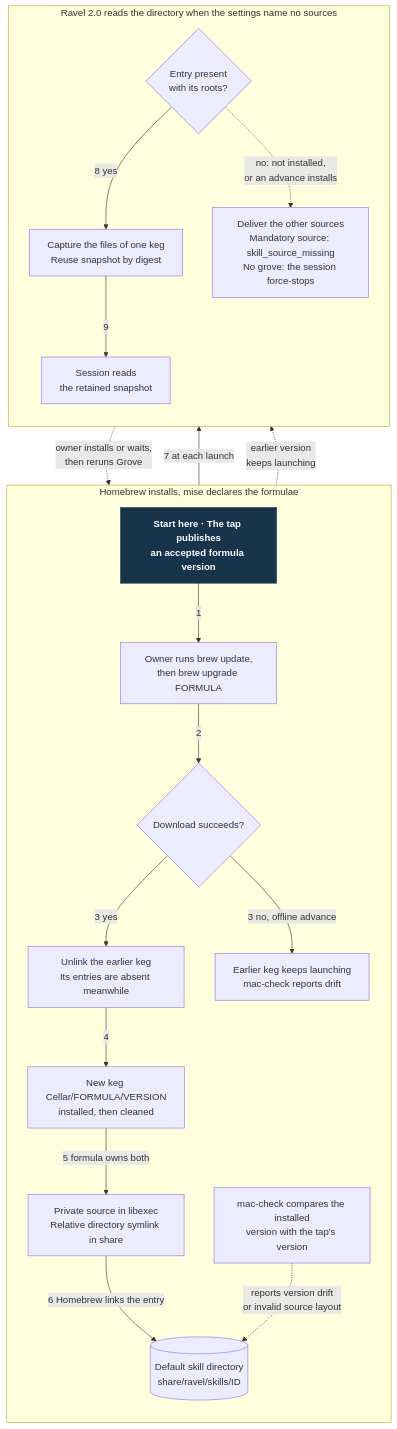
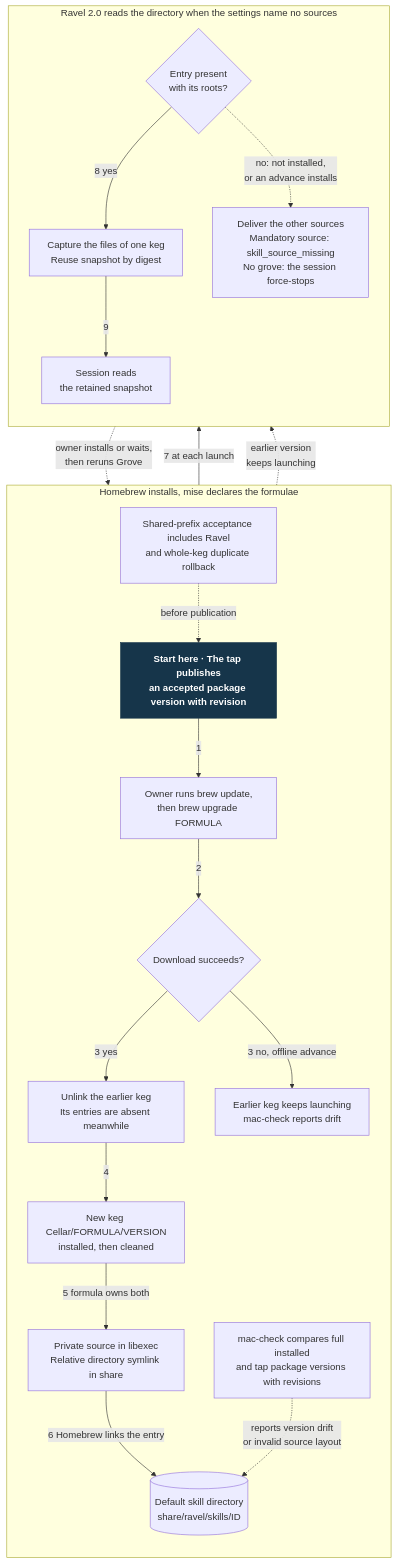
The diagram in docs/design/harness-selection-and-execution/owner-skill-formulae.mmd (Linkuistics/grove), drawn with Mermaid before and after one commit. The commit also changed 20 other files, not shown here.

```diff
--- a/docs/design/harness-selection-and-execution/owner-skill-formulae.mmd
+++ b/docs/design/harness-selection-and-execution/owner-skill-formulae.mmd
@@ -1,36 +1,38 @@
 flowchart TB
     subgraph brew["Homebrew installs, mise declares the formulae"]
         direction TB
-        A["Start here · The tap publishes<br/>an accepted formula version"]
+        A["Start here · The tap publishes<br/>an accepted package version with revision"]
         B["Owner runs brew update,<br/>then brew upgrade FORMULA"]
         E{"Download succeeds?"}
         U["Unlink the earlier keg<br/>Its entries are absent meanwhile"]
         C["New keg Cellar/FORMULA/VERSION<br/>installed, then cleaned"]
         P["Private source in libexec<br/>Relative directory symlink in share"]
         O[("Default skill directory<br/>share/ravel/skills/ID")]
         F["Earlier keg keeps launching<br/>mac-check reports drift"]
-        K["mac-check compares the installed<br/>version with the tap's version"]
+        K["mac-check compares full installed<br/>and tap package versions with revisions"]
+        Q["Shared-prefix acceptance includes Ravel<br/>and whole-keg duplicate rollback"]
         A -->|1| B
         B -->|2| E
         E -->|"3 yes"| U
         U -->|4| C
         C -->|"5 formula owns both"| P
         P -->|"6 Homebrew links the entry"| O
         E -->|"3 no, offline advance"| F
         K -.->|"reports version drift<br/>or invalid source layout"| O
+        Q -.->|"before publication"| A
     end
     subgraph ravel["Ravel 2.0 reads the directory when the settings name no sources"]
         direction TB
         G{"Entry present<br/>with its roots?"}
         H["Capture the files of one keg<br/>Reuse snapshot by digest"]
         M["Deliver the other sources<br/>Mandatory source: skill_source_missing<br/>No grove: the session force-stops"]
         J["Session reads<br/>the retained snapshot"]
         G -->|"8 yes"| H
         G -.->|"no: not installed,<br/>or an advance installs"| M
         H -->|9| J
     end
     O -->|"7 at each launch"| G
     F -.->|"earlier version<br/>keeps launching"| G
     M -.->|"owner installs or waits,<br/>then reruns Grove"| B
     classDef start fill:#16354a,color:#fff,stroke:#16354a,font-weight:bold
     class A start
```
